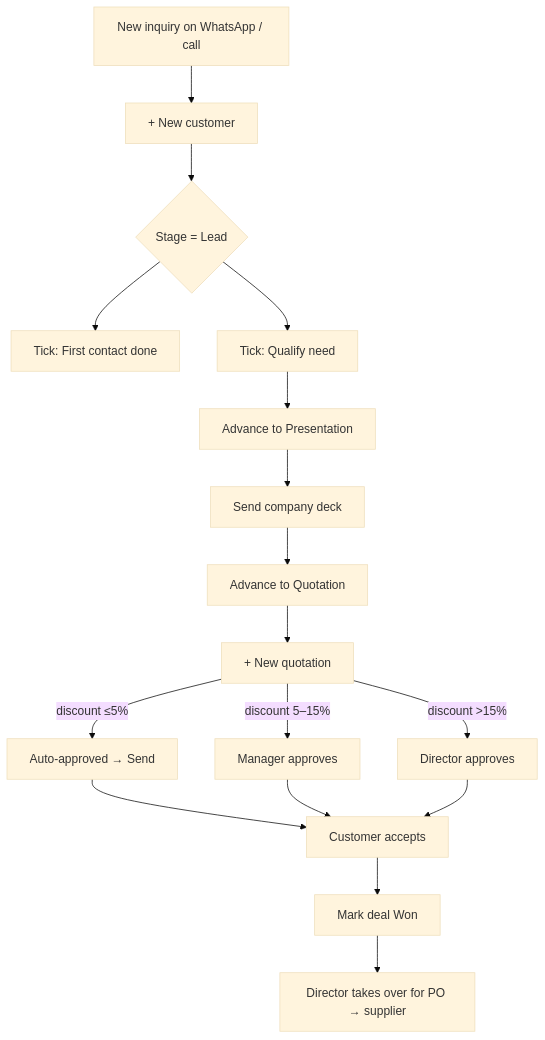
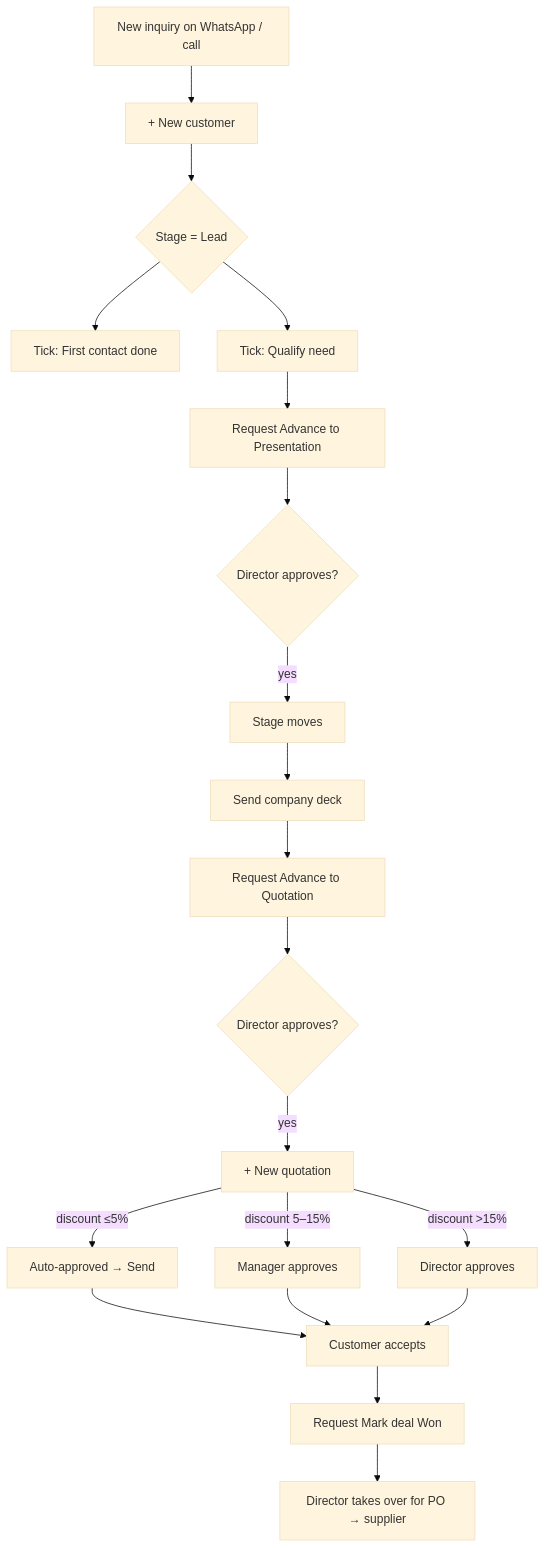
Before and after one commit to kakekong/Gay-boy-: the second of 9 diagrams in docs/ROLE_GUIDES.md, drawn with Mermaid (base theme). The commit also changed other lines of this file and 2 other files, not shown here.

Commit message:
Docs + in-app guide: stage-move approvals + All files
Updated the three guides to describe the new director-gated stage flow
and the director's All-files audit view.

USER_GUIDE.md
- Pipeline stages section: 'How the stage stepper works' now spells out
  that every move needs director approval, with the amber-banner UX.
- Approvals section lists 'Every CRM stage transition' as a category.
- New '📁 All files (director only)' page section.
- Role matrix gains 3 rows: All files, Issue Supplier PO, Approve stage
  move — all director-only.
- Workflow A) Starting a new deal updated for the request/approve flow.

docs/ROLE_GUIDES.md
- Sales weekly Mermaid diagram shows director-approval branches.
- Sales / Manager / Director rules updated.
- Director weekly diagram + buttons table now mentions Approvals for
  stage moves and the All files page.

frontend/src/pages/RoleGuide.tsx
- Sales / Manager / Director sections mirror the markdown changes so
  the in-app guide matches.
- Two new troubleshooting entries: 'Stage move stuck on amber' and
  'Where is the file I uploaded?'.

https://claude.ai/code/session_01C1Mb8s3bxh472FPwoHus1r

````diff
--- a/docs/ROLE_GUIDES.md
+++ b/docs/ROLE_GUIDES.md
@@ -53,17 +53,20 @@
 ```mermaid
 flowchart TD
     A[New inquiry on WhatsApp / call] --> B[+ New customer]
     B --> C{Stage = Lead}
     C --> D[Tick: First contact done]
     C --> E[Tick: Qualify need]
-    E --> F[Advance to Presentation]
-    F --> G[Send company deck]
-    G --> H[Advance to Quotation]
-    H --> I[+ New quotation]
+    E --> F[Request Advance to Presentation]
+    F --> X{Director approves?}
+    X -->|yes| F2[Stage moves]
+    F2 --> G[Send company deck]
+    G --> H[Request Advance to Quotation]
+    H --> X2{Director approves?}
+    X2 -->|yes| I[+ New quotation]
     I -->|discount ≤5%| J[Auto-approved → Send]
     I -->|discount 5–15%| K[Manager approves]
     I -->|discount >15%| L[Director approves]
     J & K & L --> M[Customer accepts]
-    M --> N[Mark deal Won]
+    M --> N[Request Mark deal Won]
     N --> O[Director takes over for PO → supplier]
 ```
````
